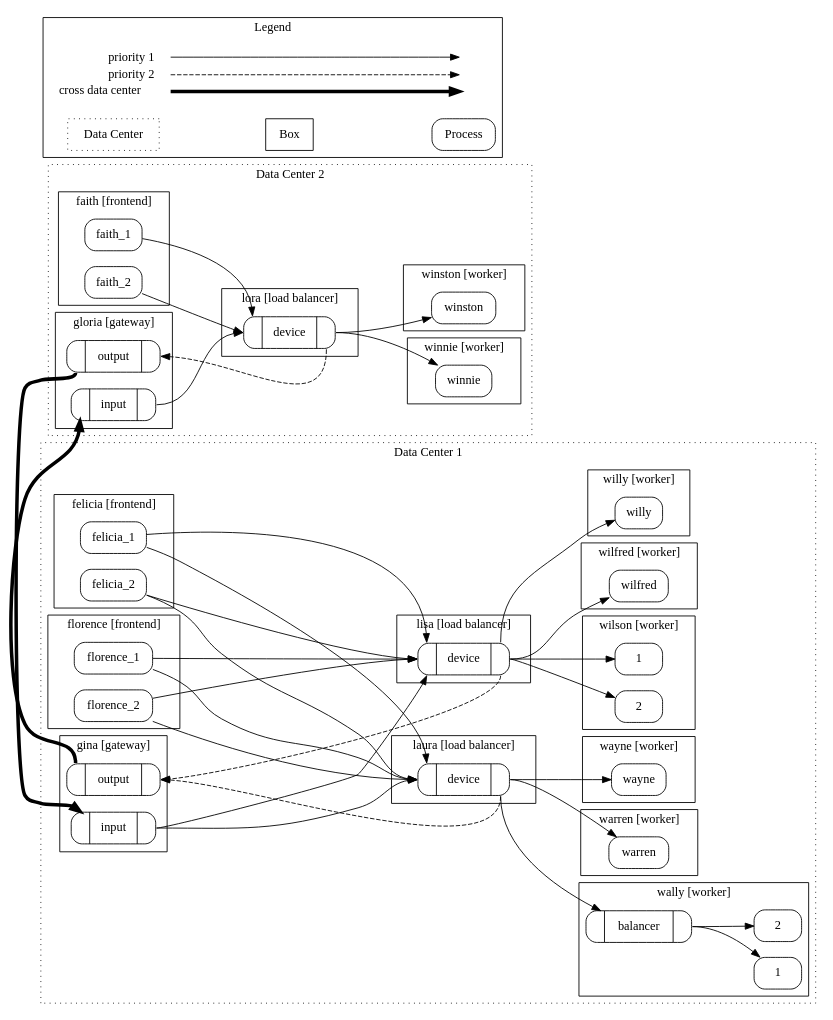
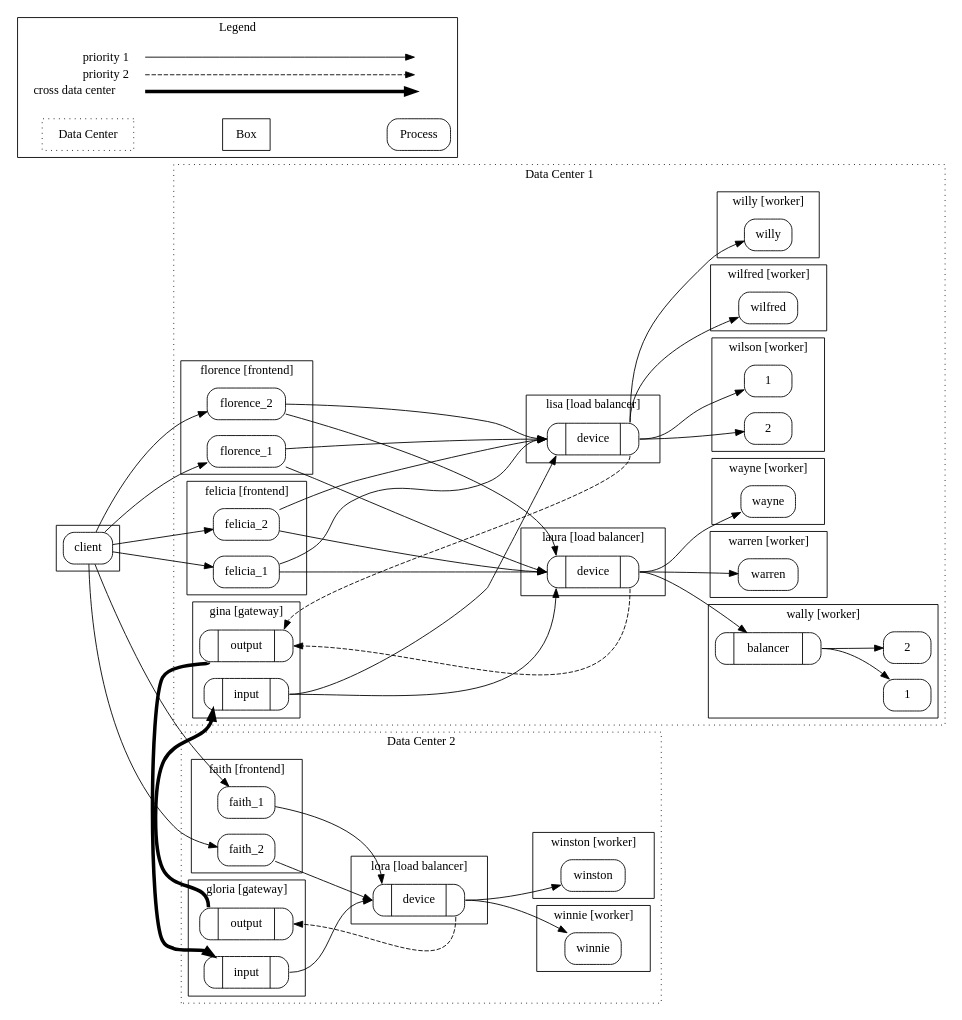
One commit to tailhook/dotns changed the diagram in examples/twodc/topology.dot. Above: the diagram before and after it, drawn with Graphviz. The commit also changed 7 other files, not shown here.

```diff
--- a/examples/twodc/topology.dot
+++ b/examples/twodc/topology.dot
@@ -1,158 +1,167 @@
 digraph topology {
     node [style=rounded shape=box]
     subgraph cluster_DC1 {
 
         // Frontends
 
         subgraph cluster_felicia {
             felicia_1
             felicia_2
 
             label="felicia [frontend]"
             ip="127.1.5.1"
         }
 
         subgraph cluster_florence {
             florence_1
             florence_2
 
             label="florence [frontend]"
             ip="127.1.5.2"
         }
 
         // Load Balancers
 
         subgraph cluster_gina {
             gina_input [shape="record" label="{<ext> | input | <int>}"]
             gina_output [shape="record" label="{<ext> | output | <int>}"]
 
             label="gina [gateway]"
             ip="127.1.6.1"
         }
 
         subgraph cluster_laura {
             laura_device [shape="record" label="{<in> | device | <out>}"]
             label="laura [load balancer]"
             ip="127.1.11.1"
         }
         subgraph cluster_lisa {
             lisa_device [shape="record" label="{<in> | device | <out>}"]
             label="lisa [load balancer]"
             ip="127.1.11.2"
         }
 
         // frontends/gateways to load balancer connections
 
         gina_input:int -> laura_device:in [minlen=2]
         gina_input:int -> lisa_device:in [minlen=2]
         {felicia_1 felicia_2 florence_1 florence_2} -> laura_device:in [minlen=2]
         {felicia_1 felicia_2 florence_1 florence_2} -> lisa_device:in [minlen=2]
         laura_device:out -> gina_output:int [style=dashed]
         lisa_device:out -> gina_output:int [style=dashed]
 
         // Workers
 
         subgraph cluster_wally {
             edge [minlen=1]
             wally_lb [shape="record" label="{<in> | balancer | <out>}"]
             wally_1 [label="1"]
             wally_2 [label="2"]
             wally_lb:out -> {wally_1 wally_2}
 
             label="wally [worker]"
             ip="127.1.22.1"
         }
 
         subgraph cluster_wilson {
             wilson_1 [label="1"]
             wilson_2 [label="2"]
 
             label="wilson [worker]"
             ip="127.1.22.2"
         }
 
         subgraph cluster_warren { warren; label="warren [worker]"; ip="127.1.22.3" }
         subgraph cluster_wayne { wayne; label="wayne [worker]"; ip="127.1.22.4" }
         subgraph cluster_wilfred { wilfred; label="wilfred [worker]"; ip="127.1.22.4" }
         subgraph cluster_willy { willy; label="willy [worker]"; ip="127.1.22.4" }
 
         // Worker connections
 
         laura_device:out -> {wally_lb:in warren wayne}
         lisa_device:out -> {wilson_1 wilson_2 wilfred willy}
 
-
         label="Data Center 1"
         style=dotted
     }
+
     subgraph cluster_DC2 {
 
         subgraph cluster_faith {
             faith_1
             faith_2
 
             label="faith [frontend]"
             ip="127.2.5.1"
         }
 
         subgraph cluster_gloria {
             gloria_input [shape="record" label="{<ext> | input | <int>}"]
             gloria_output [shape="record" label="{<ext> | output | <int>}"]
             label="gloria [gateway]"
             ip="127.2.6.1"
         }
 
         subgraph cluster_lora {
             lora_device [shape="record" label="{<in> | device | <out>}"]
             label="lora [load balancer]"
             ip="127.2.11.1"
         }
 
         gloria_input:int -> lora_device:in
         {faith_1 faith_2} -> lora_device:in
         lora_device:out -> gloria_output:int [style=dashed]
 
         subgraph cluster_winnie { winnie; label="winnie [worker]"; ip="127.2.22.1" }
         subgraph cluster_winston { winston; label="winston [worker]"; ip="127.2.22.2" }
 
         lora_device:out -> {winnie winston}
 
         label="Data Center 2"
         style=dotted
     }
 
     // Cross data-center connections
     gloria_output:ext -> gina_input:ext [minlen=0 penwidth=4]
     gina_output:ext -> gloria_input:ext [minlen=0 penwidth=4]
 
 
+    // Finally or imaginary clients
+
+    subgraph cluster_client {
+        client
+        external=yes
+    }
+
+    client -> {felicia_1 felicia_2 florence_1 florence_2 faith_1 faith_2}
+
     // Legend hack
     subgraph cluster_legend {
         key [shape=plaintext
             label=<<table border="0" cellpadding="2" cellspacing="0" cellborder="0">
             <tr><td align="right" port="i1">priority 1</td></tr>
             <tr><td align="right" port="i2">priority 2</td></tr>
             <tr><td align="right" port="i3">cross data center</td></tr>
             </table>>]
         key2 [shape=plaintext
             label=<<table border="0" cellpadding="2" cellspacing="0" cellborder="0">
             <tr><td port="i1">&nbsp;</td></tr>
             <tr><td port="i2">&nbsp;</td></tr>
             <tr><td port="i3">&nbsp;</td></tr>
             </table>>]
         key:i1:e -> key2:i1:w [minlen=2]
         key:i2:e -> key2:i2:w [style=dashed minlen=2]
         key:i3:e -> key2:i3:w [penwidth=4 minlen=2]
 
         dc [label="Data Center" style=dotted]
         box [label="Box" style=""]
         process [label="Process" style=rounded]
 
         dc -> box -> process [style=invis minlen=1]
 
         label="Legend"
         annotation=true
     }
 
     rankdir=LR
 }
```
